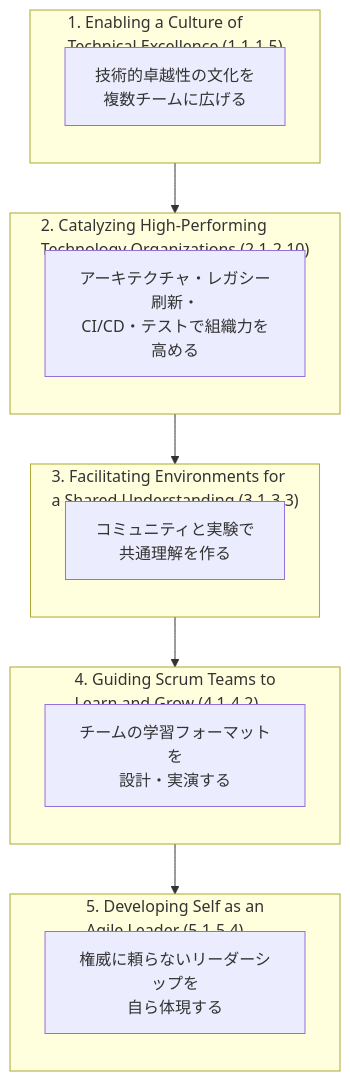
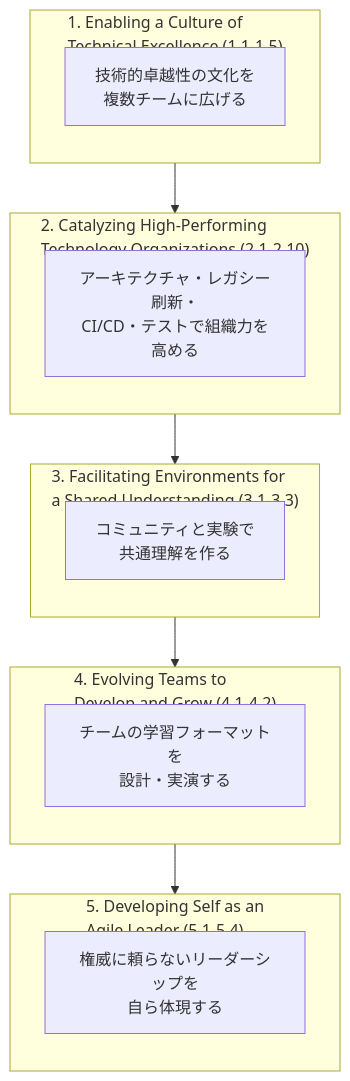
Before and after one commit to myoshi2891/Management-Team-Building-Studies: the fourth of 17 diagrams in Csp-d-certified-scrum-professional-developer-study-guide.md, drawn with Mermaid. The commit also changed other lines of this file and 4 other files, not shown here.

````diff
--- a/Csp-d-certified-scrum-professional-developer-study-guide.md
+++ b/Csp-d-certified-scrum-professional-developer-study-guide.md
@@ -159,25 +161,25 @@
 ```mermaid
 flowchart TB
     subgraph C1["1. Enabling a Culture of<br/>Technical Excellence (1.1-1.5)"]
         direction TB
         c1a["技術的卓越性の文化を<br/>複数チームに広げる"]
     end
     subgraph C2["2. Catalyzing High-Performing<br/>Technology Organizations (2.1-2.10)"]
         direction TB
         c2a["アーキテクチャ・レガシー刷新・<br/>CI/CD・テストで組織力を高める"]
     end
     subgraph C3["3. Facilitating Environments for<br/>a Shared Understanding (3.1-3.3)"]
         direction TB
         c3a["コミュニティと実験で<br/>共通理解を作る"]
     end
-    subgraph C4["4. Guiding Scrum Teams to<br/>Learn and Grow (4.1-4.2)"]
+    subgraph C4["4. Evolving Teams to<br/>Develop and Grow (4.1-4.2)"]
         direction TB
         c4a["チームの学習フォーマットを<br/>設計・実演する"]
     end
     subgraph C5["5. Developing Self as an<br/>Agile Leader (5.1-5.4)"]
         direction TB
         c5a["権威に頼らないリーダーシップを<br/>自ら体現する"]
     end
 
     C1 --> C2 --> C3 --> C4 --> C5
 ```
````
